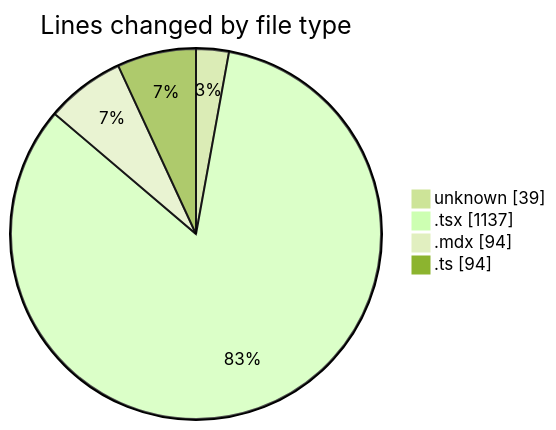
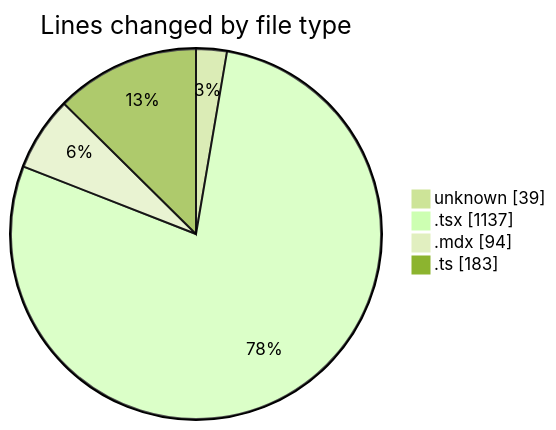
One commit to Elitesun/code-tracking changed the first of 2 diagrams in 2025-05-24/elitesun/README.md. Above: the diagram before and after it, drawn with Mermaid (forest theme). The commit also changed other lines of this file and 1 other file, not shown here.

````diff
--- a/2025-05-24/elitesun/README.md
+++ b/2025-05-24/elitesun/README.md
@@ -33,8 +33,8 @@
 ```mermaid
 pie showData
 title Lines changed by file type
 "unknown" : 39
 ".tsx" : 1137
 ".mdx" : 94
-".ts" : 94
+".ts" : 183
 ```
````
